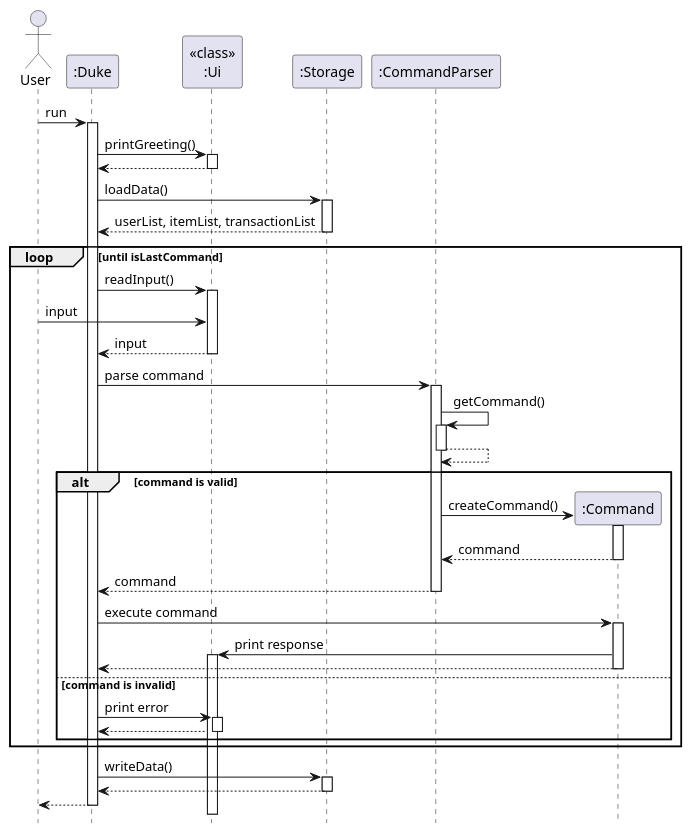
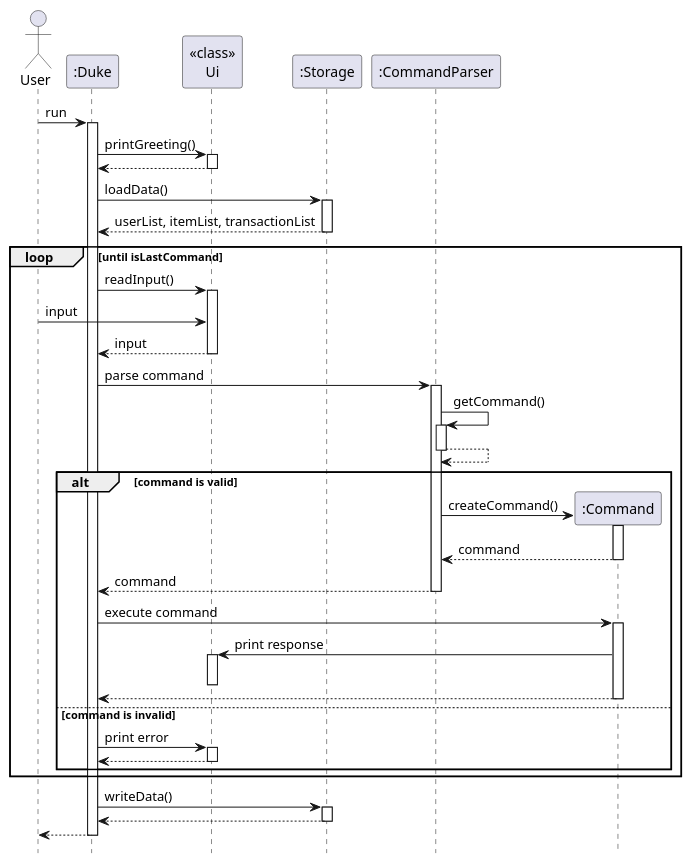
The diagram in docs/diagrams/duke/DukeSequence.puml (nus-cs2113-AY2223S1/tp), drawn with PlantUML before and after one commit. The commit also changed 13 other files, not shown here.

Commit message:
Update diagrams

```diff
--- a/docs/diagrams/duke/DukeSequence.puml
+++ b/docs/diagrams/duke/DukeSequence.puml
@@ -1,53 +1,54 @@
 @startuml
 hide footbox
 
 Actor User
 User -> ":Duke" : run
 activate ":Duke"
-":Duke" -> "<<class>>\n:Ui" : printGreeting()
-activate "<<class>>\n:Ui"
-"<<class>>\n:Ui" --> ":Duke"
-deactivate "<<class>>\n:Ui"
+":Duke" -> "<<class>>\nUi" : printGreeting()
+activate "<<class>>\nUi"
+"<<class>>\nUi" --> ":Duke"
+deactivate "<<class>>\nUi"
 ":Duke" -> ":Storage" : loadData()
 activate ":Storage"
 return userList, itemList, transactionList
 loop until isLastCommand
-    ":Duke" -> "<<class>>\n:Ui": readInput()
-    activate "<<class>>\n:Ui"
-    User -> "<<class>>\n:Ui" : input
+    ":Duke" -> "<<class>>\nUi": readInput()
+    activate "<<class>>\nUi"
+    User -> "<<class>>\nUi" : input
     return input
     ":Duke" -> ":CommandParser" : parse command
     activate ":CommandParser"
     ":CommandParser" -> ":CommandParser" : getCommand()
     activate ":CommandParser"
     ":CommandParser" --> ":CommandParser"
     deactivate ":CommandParser"
 
     alt command is valid
         create ":Command"
         ":CommandParser" -> ":Command": createCommand()
         activate ":Command"
         return command
         return command
         ":Duke" -> ":Command" : execute command
         activate ":Command"
-        ":Command" -> "<<class>>\n:Ui": print response
-        activate "<<class>>\n:Ui"
+        ":Command" -> "<<class>>\nUi": print response
+        activate "<<class>>\nUi"
+        deactivate "<<class>>\nUi"
         ":Command" --> ":Duke"
         deactivate ":Command"
 
     else command is invalid
-        ":Duke" -> "<<class>>\n:Ui" : print error
-        activate "<<class>>\n:Ui"
-        "<<class>>\n:Ui" --> ":Duke"
-        deactivate "<<class>>\n:Ui"
+        ":Duke" -> "<<class>>\nUi" : print error
+        activate "<<class>>\nUi"
+        "<<class>>\nUi" --> ":Duke"
+        deactivate "<<class>>\nUi"
     end
 end
 
 ":Duke" -> ":Storage" : writeData()
 activate ":Storage"
 return
 ":Duke" --> "User"
 deactivate ":Duke"
 
 @enduml
```
